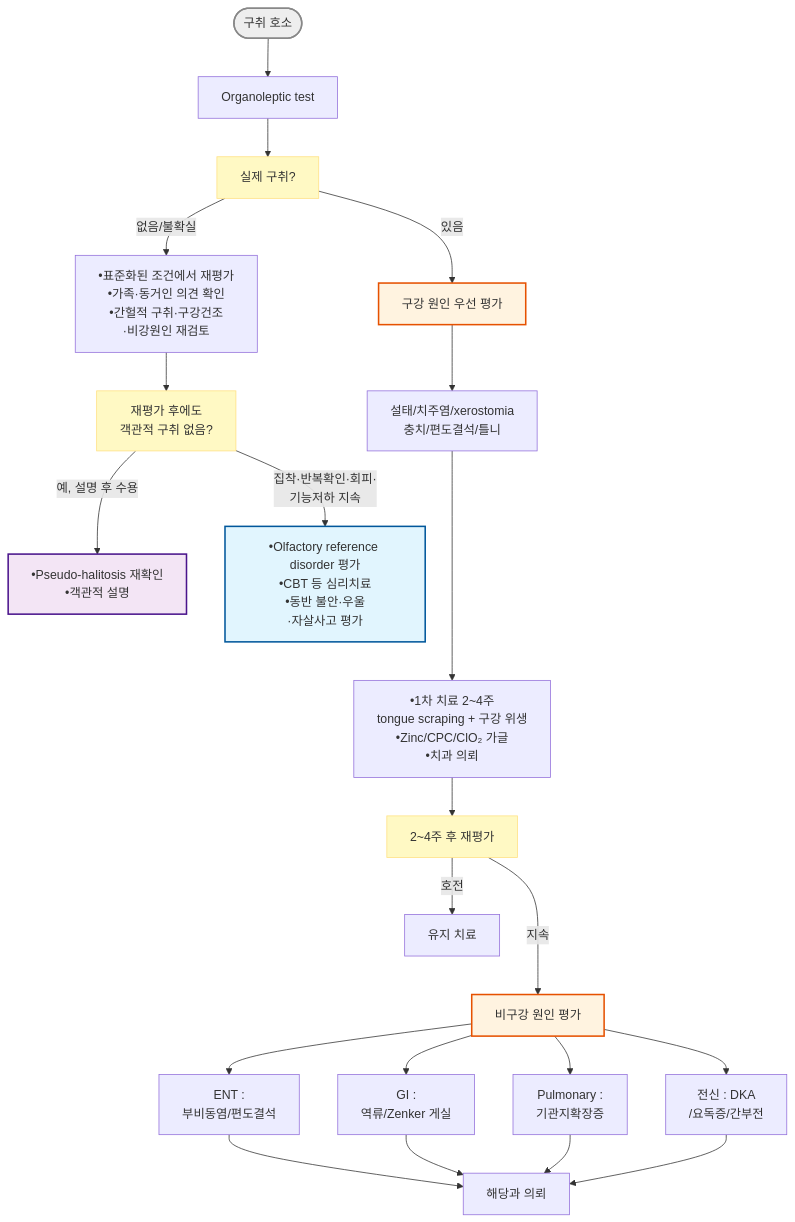
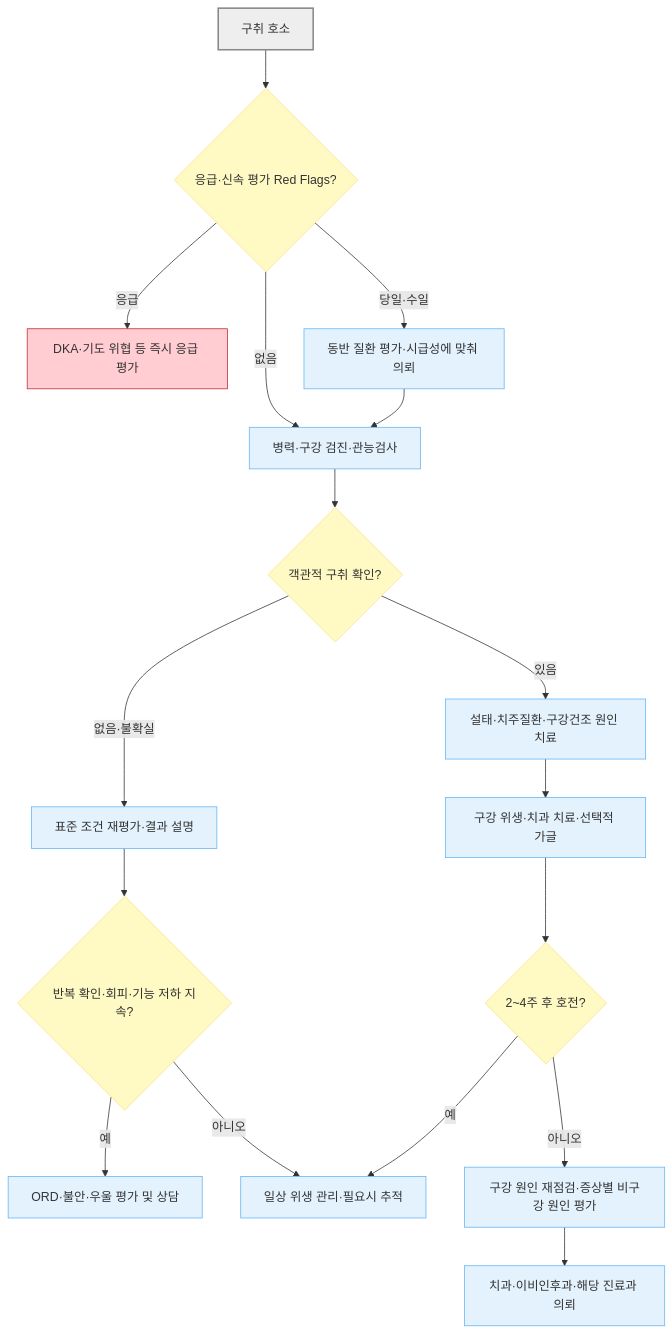
The diagram in 220_/004_-halitosis-bad-breath.md (familyoh77/familyoh77), drawn with Mermaid before and after one commit. The commit also changed other lines of this file and 13 other files, not shown here.

````diff
--- a/220_/004_-halitosis-bad-breath.md
+++ b/220_/004_-halitosis-bad-breath.md
@@ -165,30 +166,25 @@
 ```mermaid
-graph TD
-    A([구취 호소]) --> B[Organoleptic test]
-    B --> C[실제 구취?]
-    C -->|없음/불확실| D[•표준화된 조건에서 재평가<br>•가족·동거인 의견 확인<br>•간헐적 구취·구강건조<br>·비강원인 재검토]
-    D --> D2[재평가 후에도<br>객관적 구취 없음?]
-    D2 -->|예, 설명 후 수용| D3[•Pseudo-halitosis 재확인<br>•객관적 설명]
-    D2 -->|집착·반복확인·회피·<br>기능저하 지속| G[•Olfactory reference disorder 평가<br>•CBT 등 심리치료<br>•동반 불안·우울<br>·자살사고 평가]
-    C -->|있음| H[구강 원인 우선 평가]
-    H --> I[설태/치주염/xerostomia<br>충치/편도결석/틀니]
-    I ---> J[•1차 치료 2~4주<br>tongue scraping + 구강 위생<br>•Zinc/CPC/ClO₂ 가글<br>•치과 의뢰]
-    J --> K[2~4주 후 재평가]
-    K -->|호전| L[유지 치료]
-    K --->|지속| M[비구강 원인 평가]
-    M --> N[ENT : <br>부비동염/편도결석]
-    M --> O[GI : <br>역류/Zenker 게실]
-    M --> P[Pulmonary : <br>기관지확장증]
-    M --> Q[전신 : DKA<br>/요독증/간부전]
-    N --> R[해당과 의뢰]
-    O --> R
-    P --> R
-    Q --> R
-classDef yellow fill:#fff9c4,stroke:#ffe082
-class C,D2,K yellow
-    style H fill:#fff3e0,stroke:#e65100,stroke-width:2px
-    style M fill:#fff3e0,stroke:#e65100,stroke-width:2px
-    style D3 fill:#f3e5f5,stroke:#4a148c,stroke-width:2px
-    style G fill:#e1f5fe,stroke:#01579b,stroke-width:2px
+flowchart TD
+    A["구취 호소"] --> B{"응급·신속 평가 Red Flags?"}
+    B -- "응급" --> C["DKA·기도 위협 등 즉시 응급 평가"]
+    B -- "당일·수일" --> D["동반 질환 평가·시급성에 맞춰 의뢰"]
+    B -- "없음" --> E["병력·구강 검진·관능검사"]
+    D --> E
+    E --> F{"객관적 구취 확인?"}
+    F -- "없음·불확실" --> G["표준 조건 재평가·결과 설명"]
+    G --> H{"반복 확인·회피·기능 저하 지속?"}
+    H -- "예" --> I["ORD·불안·우울 평가 및 상담"]
+    H -- "아니오" --> J["일상 위생 관리·필요시 추적"]
+    F -- "있음" --> K["설태·치주질환·구강건조 원인 치료"]
+    K --> L["구강 위생·치과 치료·선택적 가글"]
+    L --> M{"2~4주 후 호전?"}
+    M -- "예" --> J
+    M -- "아니오" --> N["구강 원인 재점검·증상별 비구강 원인 평가"]
+    N --> O["치과·이비인후과·해당 진료과 의뢰"]
+    classDef question fill:#fff9c4,stroke:#ffe082
+    classDef treatment fill:#e3f2fd,stroke:#64b5f6
+    class B,F,H,M question
+    class D,E,G,I,J,K,L,N,O treatment
     style A fill:#eeeeee,stroke:#888888,stroke-width:2px
+    style C fill:#ffcdd2,stroke:#c62828
 ```
````
